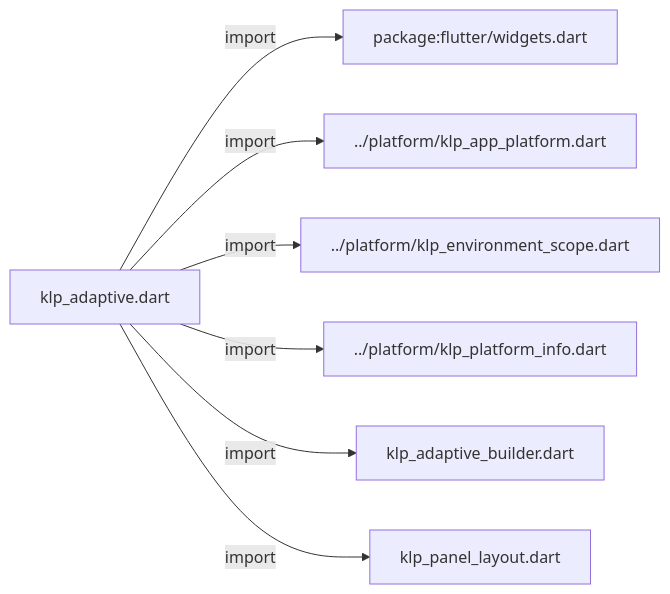
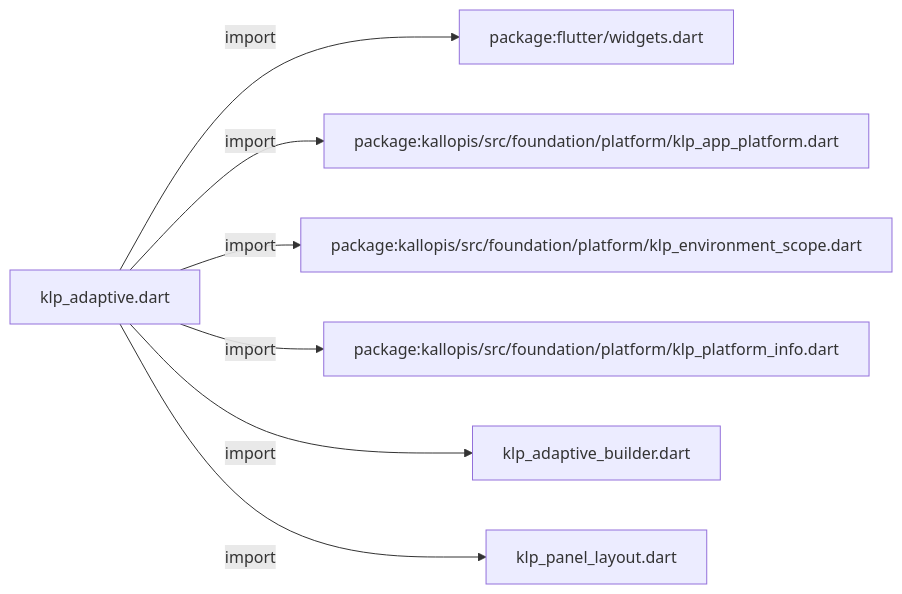
One commit to MiuDog/Kallopis changed the first of 3 diagrams in docs/architecture/src/foundation/layout/klp_adaptive.md. Above: the diagram before and after it, drawn with Mermaid. The commit also changed other lines of this file and 9688 other files, not shown here.

Commit message:
Prepare isolated Flow F2 peer baseline

````diff
--- a/docs/architecture/src/foundation/layout/klp_adaptive.md
+++ b/docs/architecture/src/foundation/layout/klp_adaptive.md
@@ -11,16 +11,16 @@
 ```mermaid
 flowchart LR
 	n0["klp_adaptive.dart"]
 	n1["package:flutter/widgets.dart"]
-	n2["../platform/klp_app_platform.dart"]
-	n3["../platform/klp_environment_scope.dart"]
-	n4["../platform/klp_platform_info.dart"]
+	n2["package:kallopis/src/foundation/platform/klp_app_platform.dart"]
+	n3["package:kallopis/src/foundation/platform/klp_environment_scope.dart"]
+	n4["package:kallopis/src/foundation/platform/klp_platform_info.dart"]
 	n5["klp_adaptive_builder.dart"]
 	n6["klp_panel_layout.dart"]
 	n0 -->|"import"| n1
 	n0 -->|"import"| n2
 	n0 -->|"import"| n3
 	n0 -->|"import"| n4
 	n0 -->|"import"| n5
 	n0 -->|"import"| n6
 ```
````
